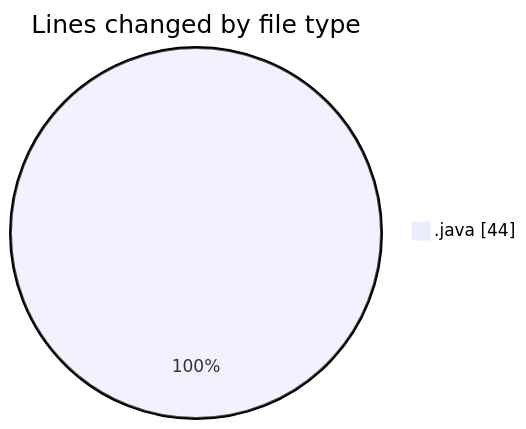
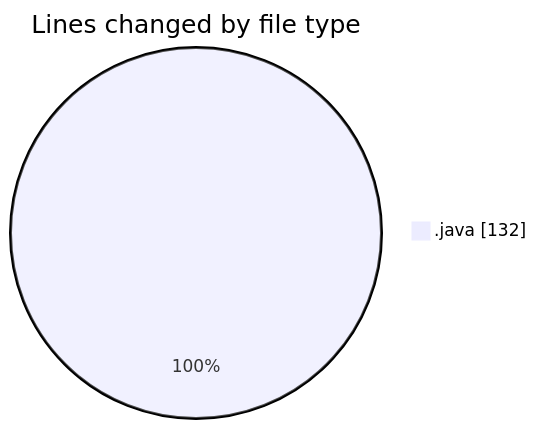
Before and after one commit to NitaiMahat/code-tracking: the first of 2 diagrams in 2025-03-10/startfiles__1_/README.md, drawn with Mermaid. The commit also changed other lines of this file and 1 other file, not shown here.

````diff
--- a/2025-03-10/startfiles__1_/README.md
+++ b/2025-03-10/startfiles__1_/README.md
@@ -20,5 +22,5 @@
 ```mermaid
 pie showData
 title Lines changed by file type
-".java" : 44
+".java" : 132
 ```
````
